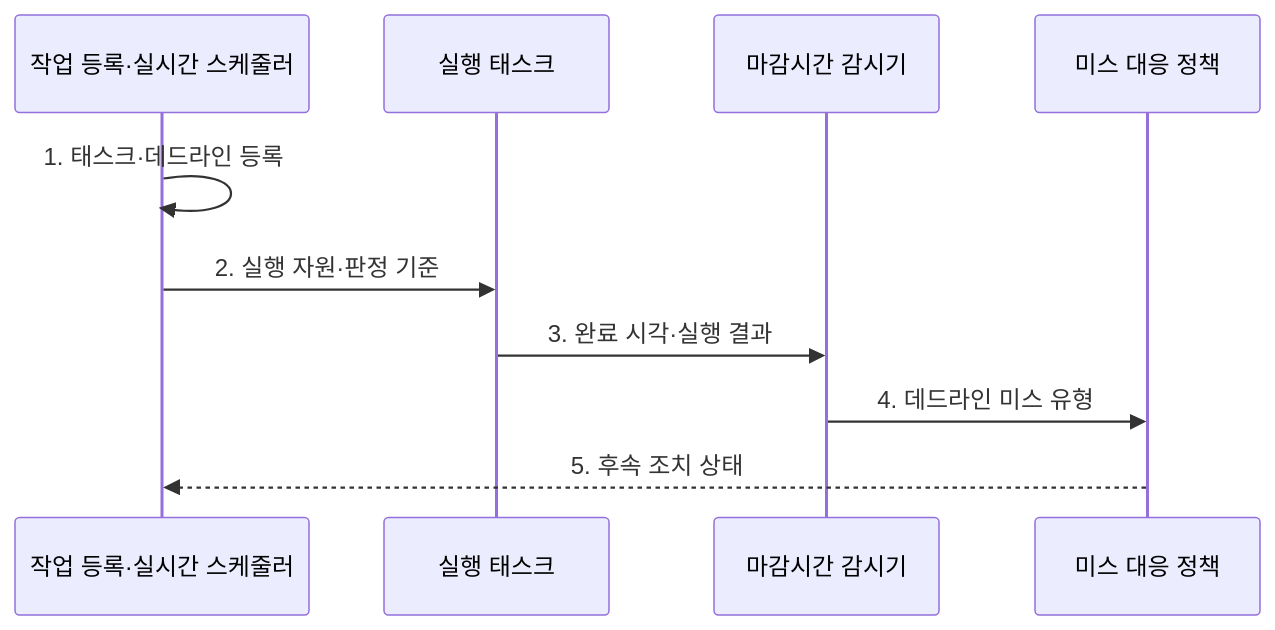
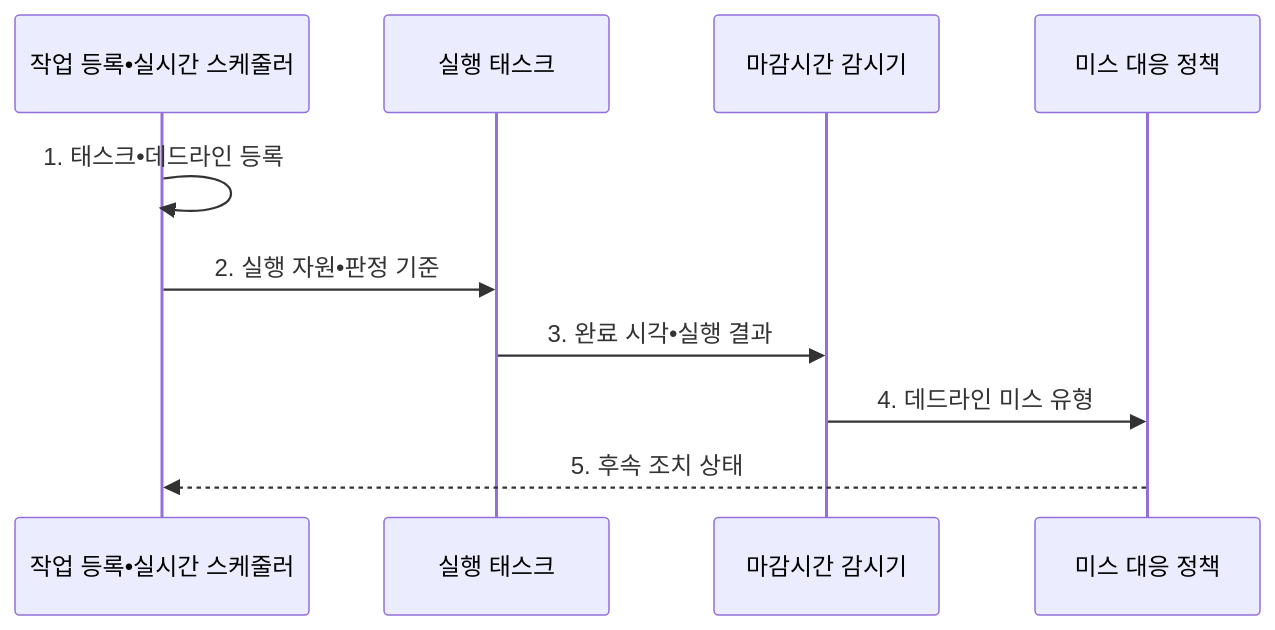
One commit to agnusdei1207/knowledge-base changed the second of 2 diagrams in src/content/docs/notes/02-hardware/062_hard_soft_real_time.md. Above: the diagram before and after it, drawn with Mermaid. The commit also changed other lines of this file and 953 other files, not shown here.

````diff
--- a/src/content/docs/notes/02-hardware/062_hard_soft_real_time.md
+++ b/src/content/docs/notes/02-hardware/062_hard_soft_real_time.md
@@ -100,13 +100,13 @@
 ```mermaid
 sequenceDiagram
-    participant S as 작업 등록·실시간 스케줄러
+    participant S as 작업 등록•실시간 스케줄러
     participant T as 실행 태스크
     participant D as 마감시간 감시기
     participant P as 미스 대응 정책
 
-    S->>S: 1. 태스크·데드라인 등록
-    S->>T: 2. 실행 자원·판정 기준
-    T->>D: 3. 완료 시각·실행 결과
+    S->>S: 1. 태스크•데드라인 등록
+    S->>T: 2. 실행 자원•판정 기준
+    T->>D: 3. 완료 시각•실행 결과
     D->>P: 4. 데드라인 미스 유형
     P-->>S: 5. 후속 조치 상태
 ```
````
